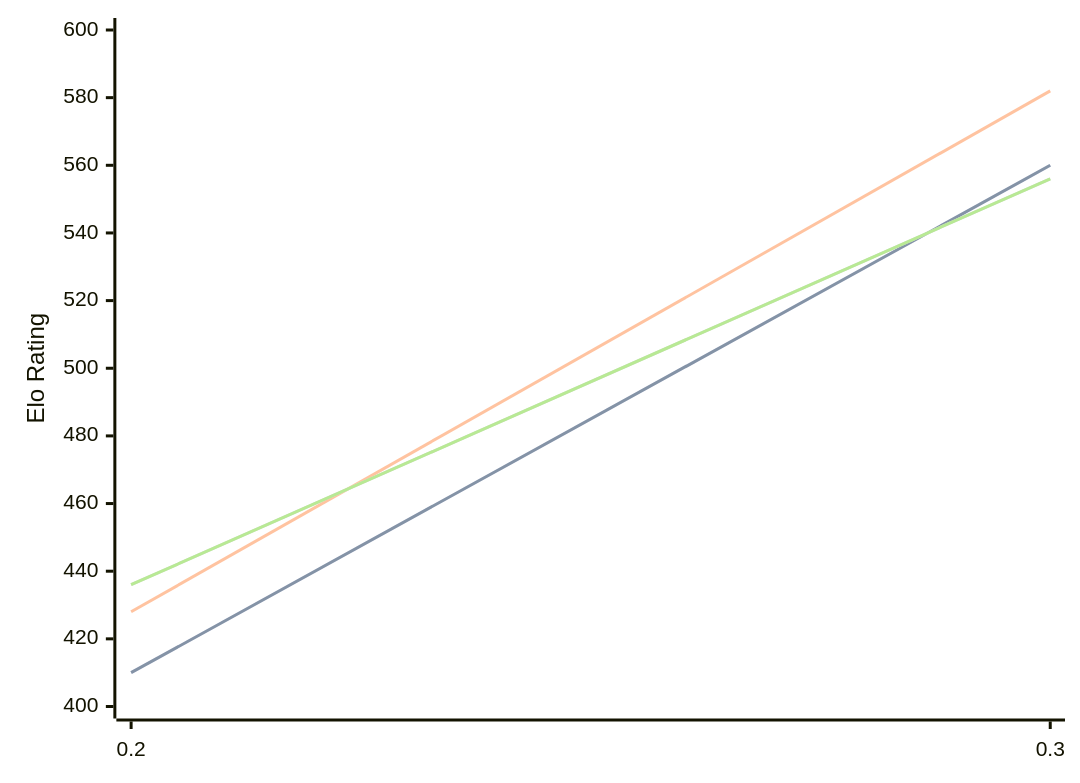
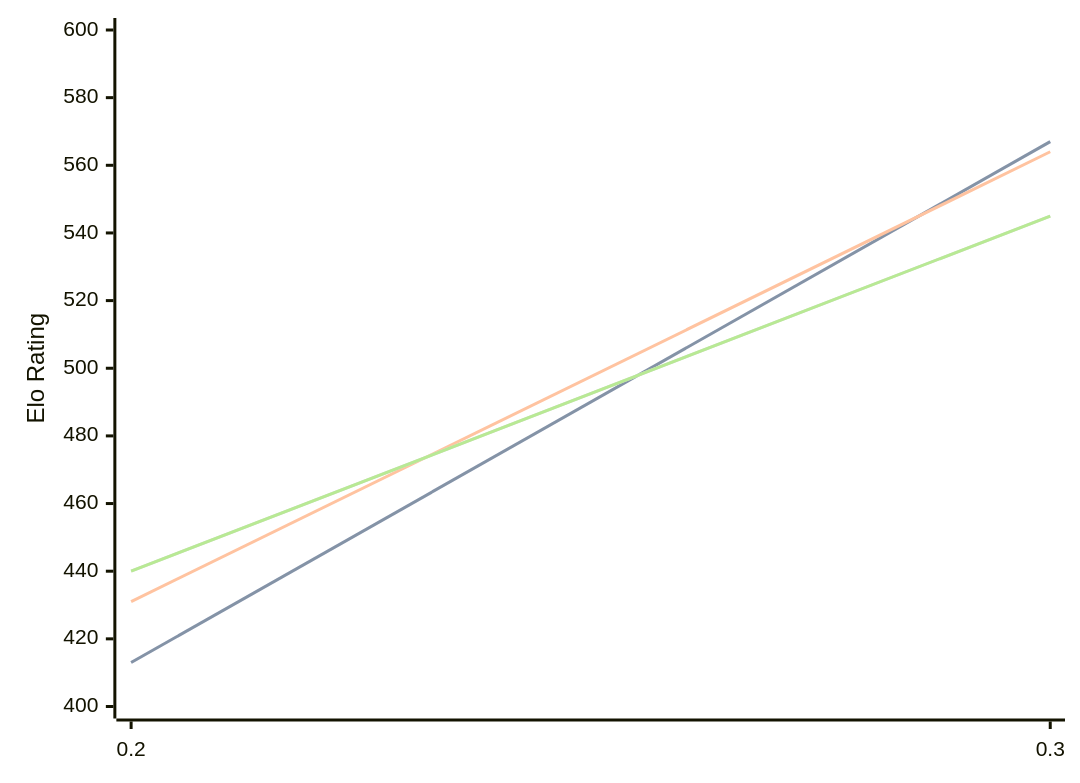
The diagram in engines/Magpie.md (computer-chess-index/cci), drawn with Mermaid before and after one commit. The commit also changed other lines of this file, not shown here.

Commit message:
Update CCI Ratings (ELO VLTC) - 2026-08-18

````diff
--- a/engines/Magpie.md
+++ b/engines/Magpie.md
@@ -32,11 +32,11 @@
 ```mermaid
 %%{init: {"theme":"base","themeVariables":{"seriesColors:['#a3a3a3','#222221','#faa371']}}}%%
 xychart-beta
   x-axis ["0.2", "0.3"]
   y-axis "Elo Rating" 400 --> 600
-  line "STC (8.0+0.08s)" [410, 560]
-  line "STC (8.0+0.08s)" [410, 560]
-  line "LTC (60.0+0.60s)" [428, 582]
-  line "VLTC (2m24s+1.12s)" [436, 556]
-  line "VLTC (2m24s+1.12s)" [436, 556]
+  line "STC (8.0+0.08s)" [413, 567]
+  line "STC (8.0+0.08s)" [413, 567]
+  line "LTC (60.0+0.60s)" [431, 564]
+  line "VLTC (2m24s+1.12s)" [440, 545]
+  line "VLTC (2m24s+1.12s)" [440, 545]
 ```
````
